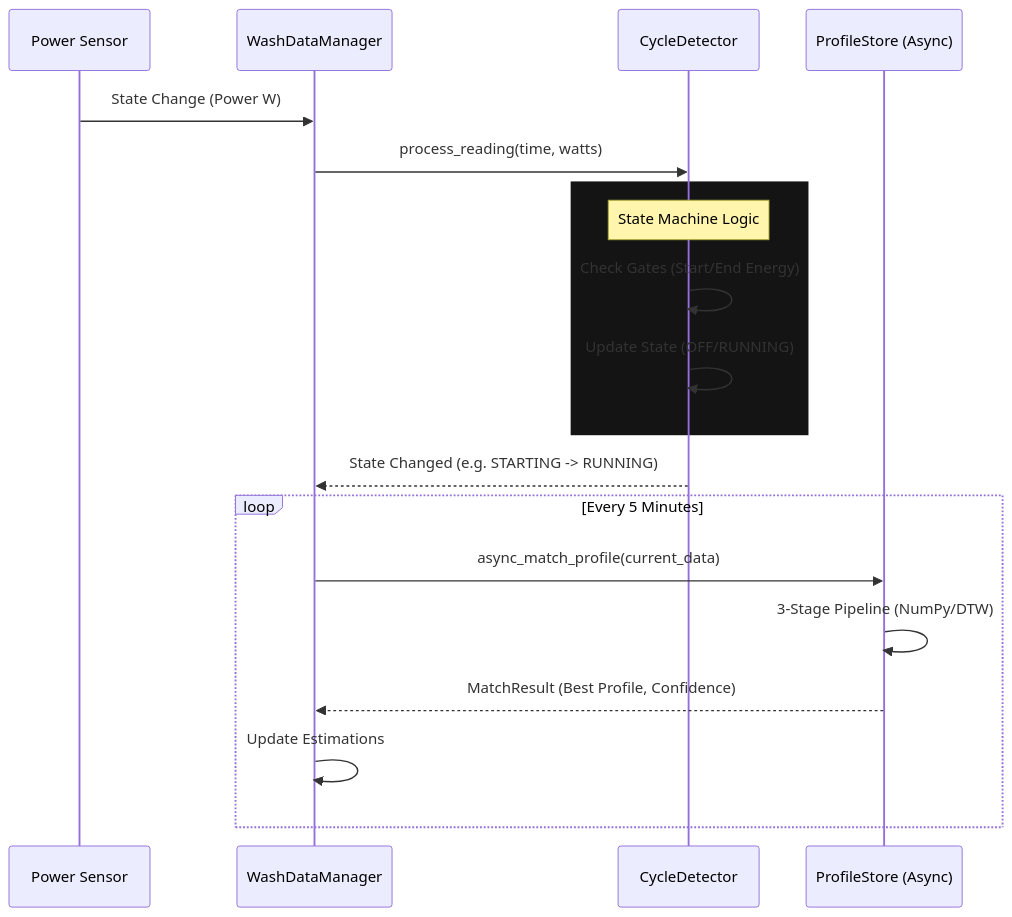
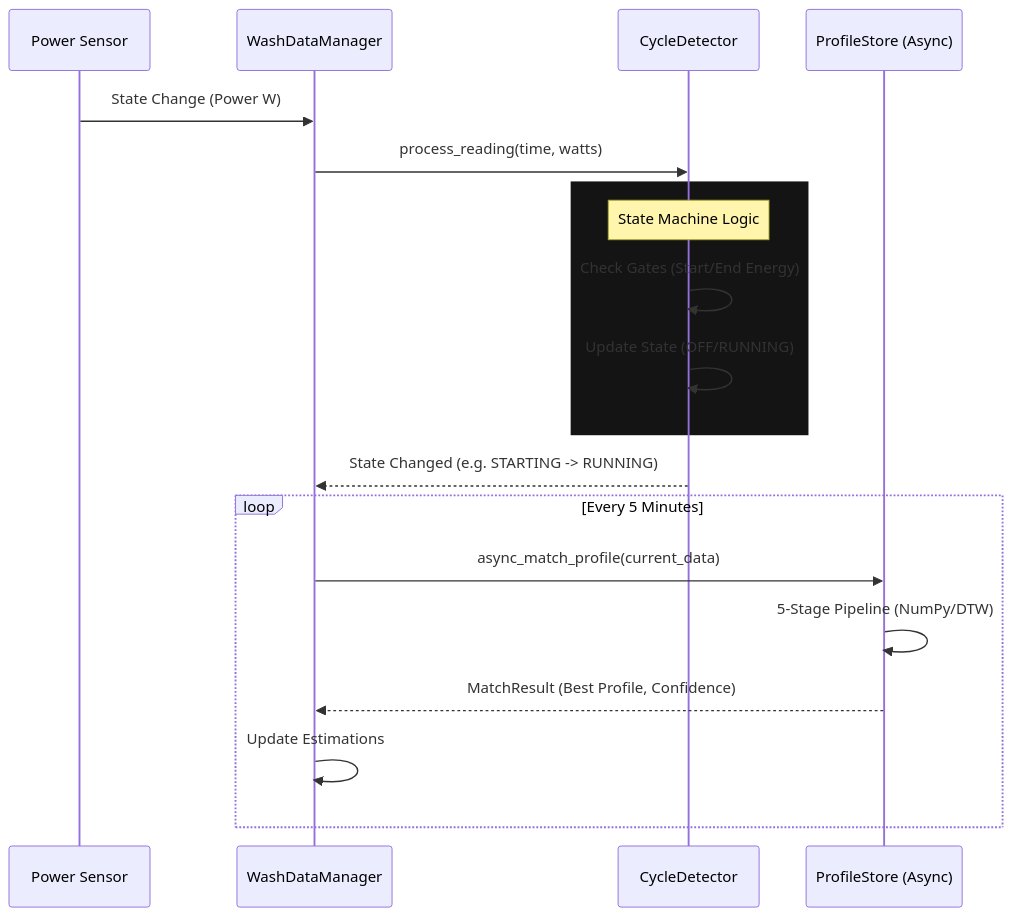
One commit to 3dg1luk43/ha_washdata changed the second of 7 diagrams in IMPLEMENTATION.md. Above: the diagram before and after it, drawn with Mermaid. The commit also changed other lines of this file and 26 other files, not shown here.

````diff
--- a/IMPLEMENTATION.md
+++ b/IMPLEMENTATION.md
@@ -76,25 +76,25 @@
  ```mermaid
  sequenceDiagram
      participant Sensor as Power Sensor
      participant Manager as WashDataManager
      participant Detector as CycleDetector
      participant Matcher as ProfileStore (Async)
      
      Sensor->>Manager: State Change (Power W)
      Manager->>Detector: process_reading(time, watts)
      
      rect rgb(20, 20, 20)
      Note over Detector: State Machine Logic
      Detector->>Detector: Check Gates (Start/End Energy)
      Detector->>Detector: Update State (OFF/RUNNING)
      end
      
      Detector-->>Manager: State Changed (e.g. STARTING -> RUNNING)
      
      loop Every 5 Minutes
          Manager->>Matcher: async_match_profile(current_data)
-         Matcher->>Matcher: 3-Stage Pipeline (NumPy/DTW)
+         Matcher->>Matcher: 5-Stage Pipeline (NumPy/DTW)
          Matcher-->>Manager: MatchResult (Best Profile, Confidence)
          Manager->>Manager: Update Estimations
      end
  ```
````
